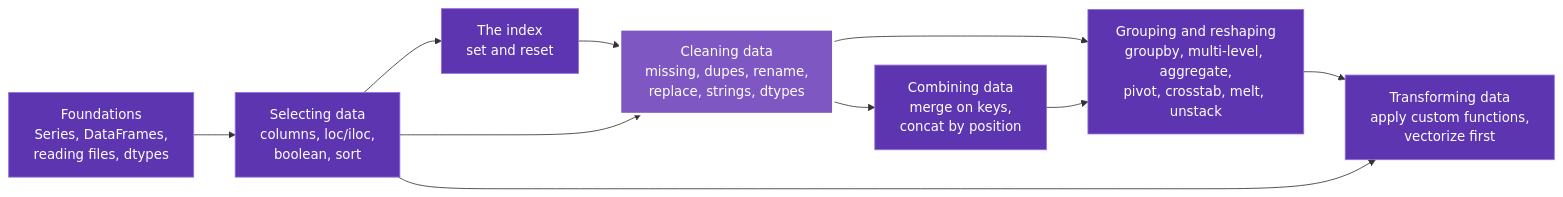
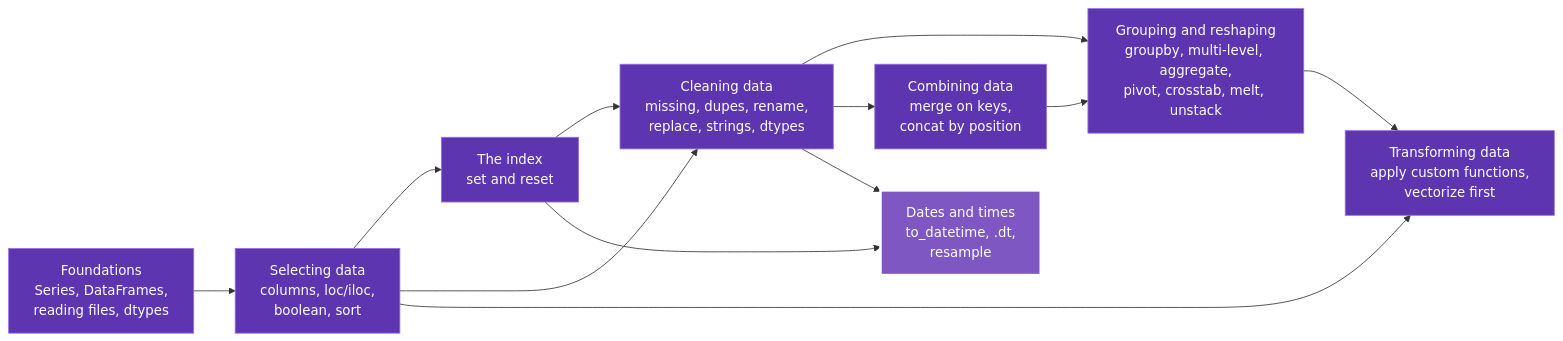
One commit to karywnl/pandas changed the diagram in docs/index.md. Above: the diagram before and after it, drawn with Mermaid. The commit also changed 6 other files, not shown here.

````diff
--- a/docs/index.md
+++ b/docs/index.md
@@ -16,19 +16,22 @@
 ```mermaid
 flowchart LR
     F["Foundations<br/>Series, DataFrames,<br/>reading files, dtypes"] --> SEL["Selecting data<br/>columns, loc/iloc,<br/>boolean, sort"]
     SEL --> IDX["The index<br/>set and reset"]
     IDX --> CLEAN["Cleaning data<br/>missing, dupes, rename,<br/>replace, strings, dtypes"]
     CLEAN --> GRP["Grouping and reshaping<br/>groupby, multi-level, aggregate,<br/>pivot, crosstab, melt, unstack"]
     SEL --> CLEAN
     CLEAN --> COMB["Combining data<br/>merge on keys,<br/>concat by position"]
     COMB --> GRP
     GRP --> TRANS["Transforming data<br/>apply custom functions,<br/>vectorize first"]
     SEL --> TRANS
+    CLEAN --> DT["Dates and times<br/>to_datetime, .dt,<br/>resample"]
+    IDX --> DT
     style F fill:#5e35b1,color:#fff
     style SEL fill:#5e35b1,color:#fff
     style IDX fill:#5e35b1,color:#fff
-    style CLEAN fill:#7e57c2,color:#fff,stroke:#fff,stroke-width:3px
+    style CLEAN fill:#5e35b1,color:#fff
     style GRP fill:#5e35b1,color:#fff
     style COMB fill:#5e35b1,color:#fff
     style TRANS fill:#5e35b1,color:#fff
+    style DT fill:#7e57c2,color:#fff,stroke:#fff,stroke-width:3px
 ```
````
